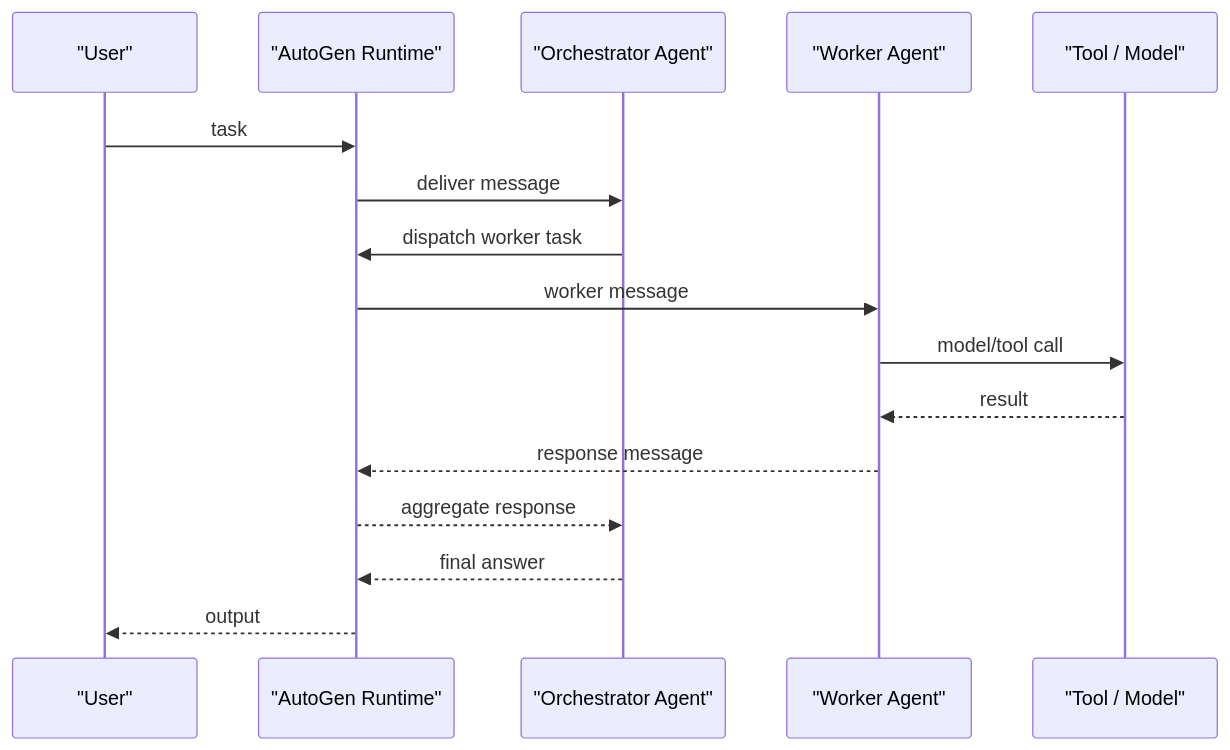
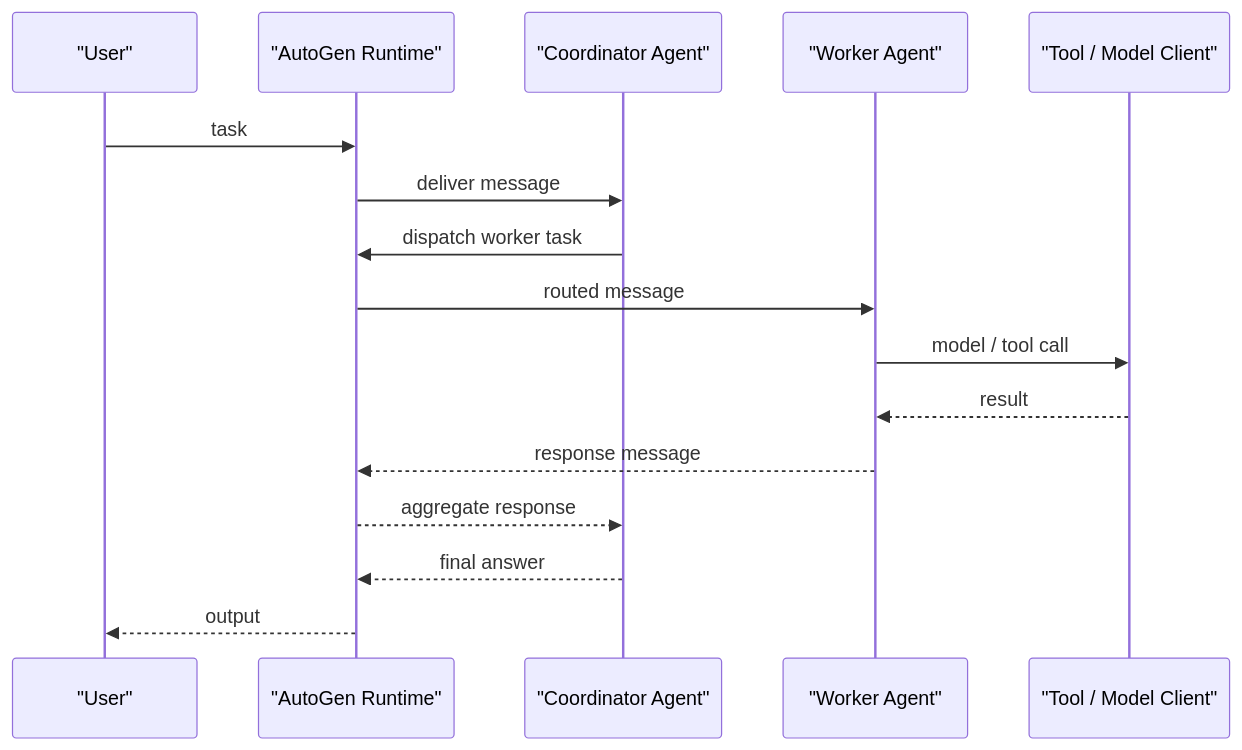
The second of 2 diagrams in 01-Areas/AI-Open-Source/03-Projects/AutoGen.md (superliyang/tony-2026), drawn with Mermaid before and after one commit. The commit also changed other lines of this file and 7 other files, not shown here.

````diff
--- a/01-Areas/AI-Open-Source/03-Projects/AutoGen.md
+++ b/01-Areas/AI-Open-Source/03-Projects/AutoGen.md
@@ -94,19 +150,19 @@
 ```mermaid
 sequenceDiagram
   participant User as "User"
   participant Runtime as "AutoGen Runtime"
-  participant AgentA as "Orchestrator Agent"
+  participant AgentA as "Coordinator Agent"
   participant AgentB as "Worker Agent"
-  participant Tool as "Tool / Model"
+  participant Tool as "Tool / Model Client"
 
   User->>Runtime: task
   Runtime->>AgentA: deliver message
   AgentA->>Runtime: dispatch worker task
-  Runtime->>AgentB: worker message
-  AgentB->>Tool: model/tool call
+  Runtime->>AgentB: routed message
+  AgentB->>Tool: model / tool call
   Tool-->>AgentB: result
   AgentB-->>Runtime: response message
   Runtime-->>AgentA: aggregate response
   AgentA-->>Runtime: final answer
   Runtime-->>User: output
 ```
````
